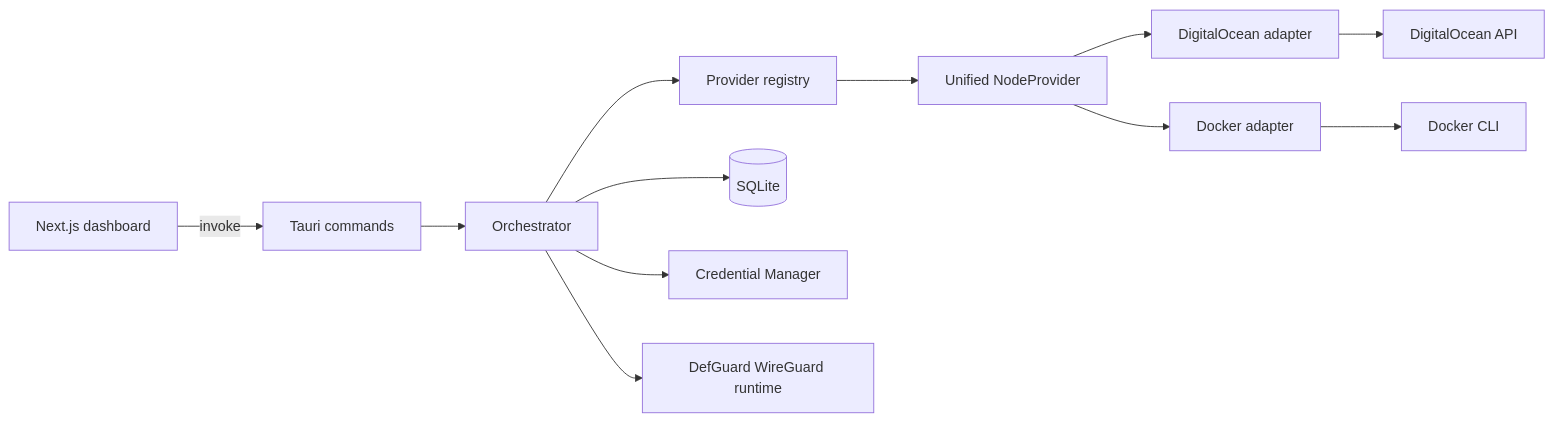
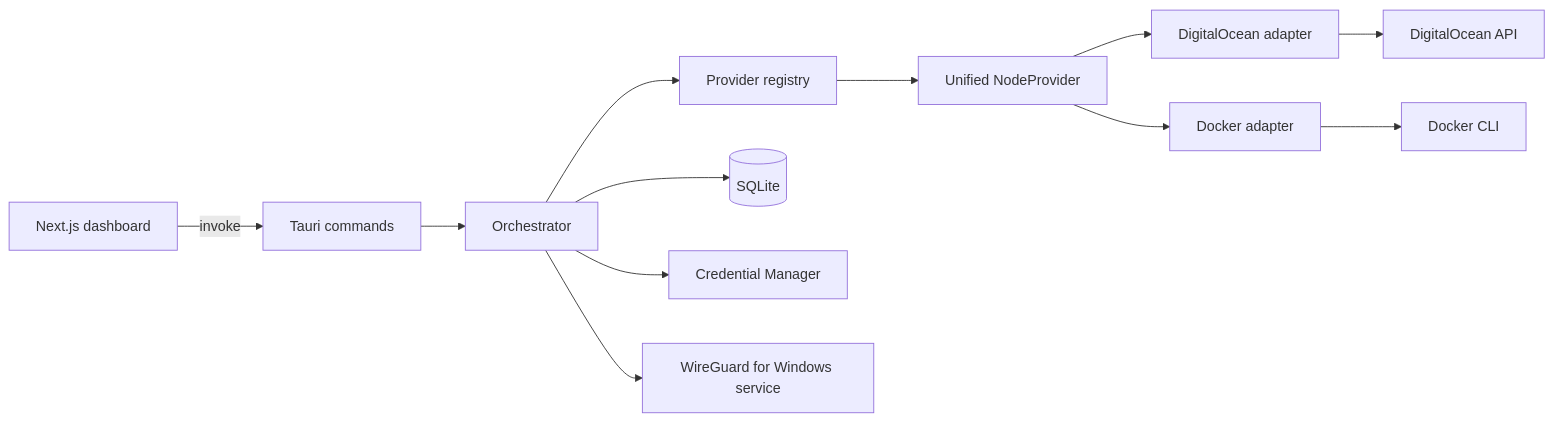
The diagram in docs/ARCHITECTURE.md (GoatPxl/blink-vpn), drawn with Mermaid before and after one commit. The commit also changed other lines of this file and 21 other files, not shown here.

````diff
--- a/docs/ARCHITECTURE.md
+++ b/docs/ARCHITECTURE.md
@@ -23,14 +23,14 @@
 ```mermaid
 flowchart LR
   UI[Next.js dashboard] -->|invoke| CMD[Tauri commands]
   CMD --> ORCH[Orchestrator]
   ORCH --> REG[Provider registry]
   REG --> NP[Unified NodeProvider]
   NP --> DO[DigitalOcean adapter]
   NP --> DKR[Docker adapter]
   ORCH --> DB[(SQLite)]
   ORCH --> SEC[Credential Manager]
-  ORCH --> RUNTIME[DefGuard WireGuard runtime]
+  ORCH --> RUNTIME[WireGuard for Windows service]
   DO --> DOAPI[DigitalOcean API]
   DKR --> DKRCLI[Docker CLI]
 ```
````
